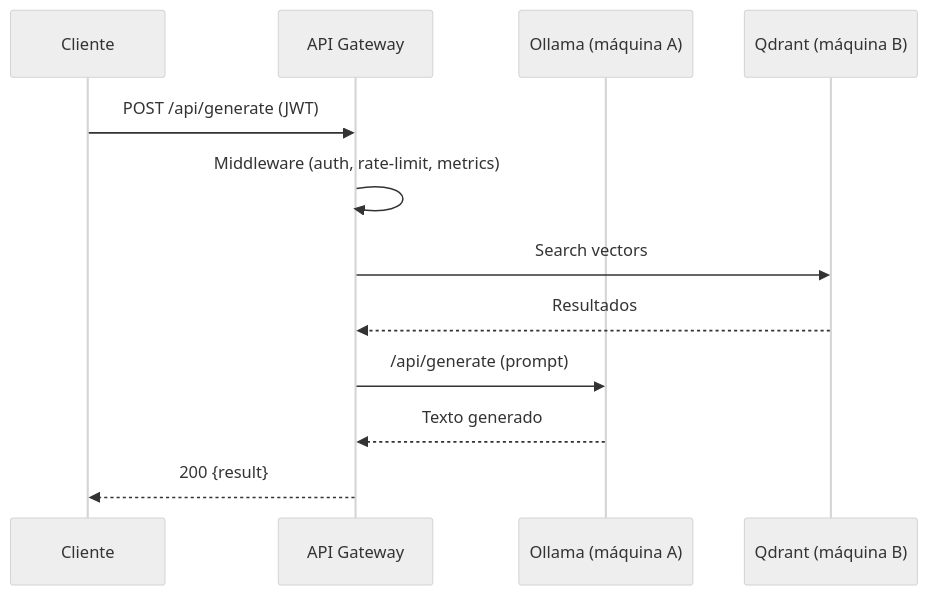
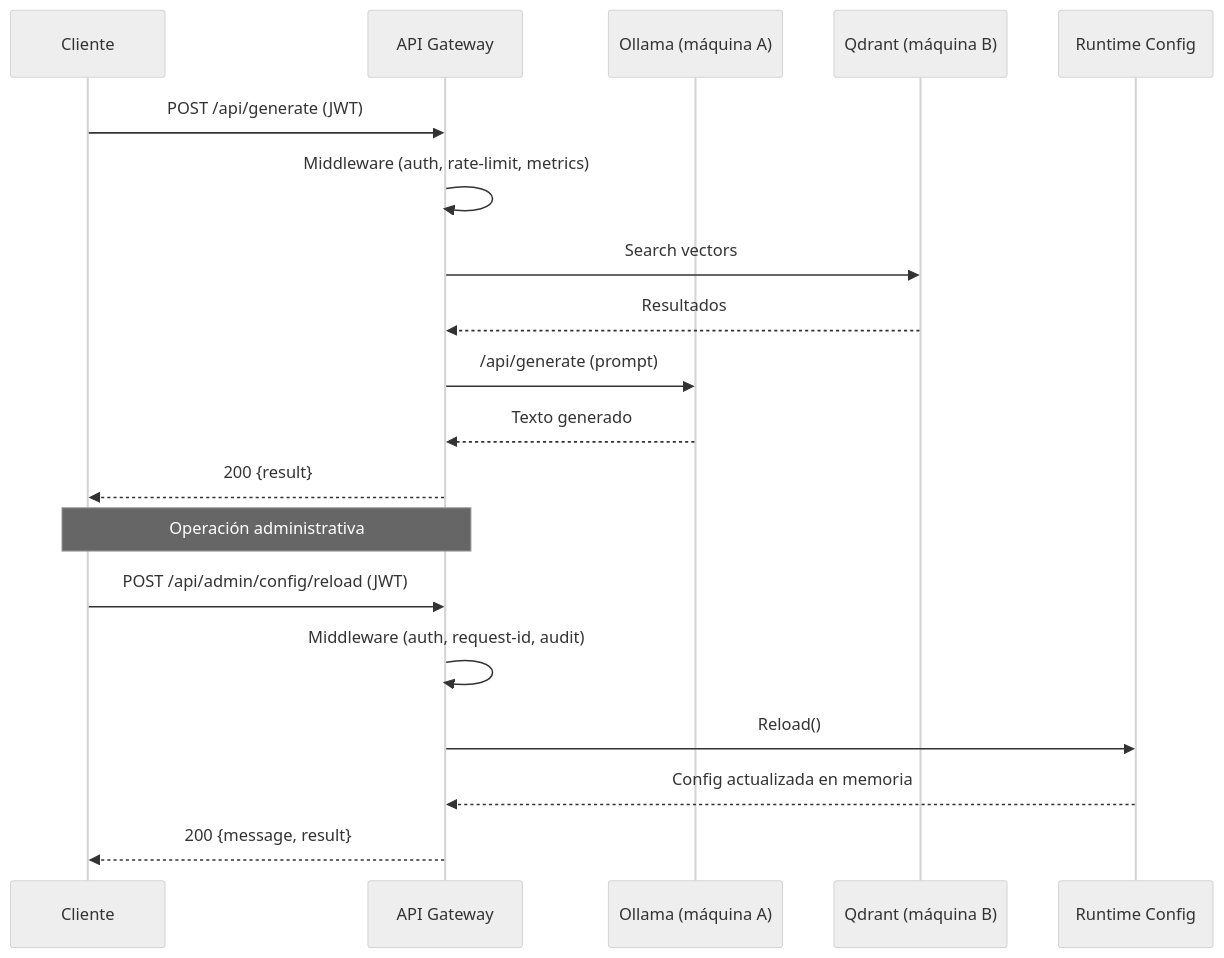
Before and after one commit to richardgarces/ollama-gateway: the diagram in api/docs/ARCHITECTURE.md, drawn with Mermaid (neutral theme). The commit also changed other lines of this file and 10 other files, not shown here.

````diff
--- a/api/docs/ARCHITECTURE.md
+++ b/api/docs/ARCHITECTURE.md
@@ -21,15 +28,23 @@
 ```mermaid
 sequenceDiagram
   participant C as Cliente
   participant A as API Gateway
   participant O as Ollama (máquina A)
   participant Q as Qdrant (máquina B)
+  participant R as Runtime Config
 
   C->>A: POST /api/generate (JWT)
   A->>A: Middleware (auth, rate-limit, metrics)
   A->>Q: Search vectors
   Q-->>A: Resultados
   A->>O: /api/generate (prompt)
   O-->>A: Texto generado
   A-->>C: 200 {result}
+
+  Note over C,A: Operación administrativa
+  C->>A: POST /api/admin/config/reload (JWT)
+  A->>A: Middleware (auth, request-id, audit)
+  A->>R: Reload()
+  R-->>A: Config actualizada en memoria
+  A-->>C: 200 {message, result}
 ```
````
